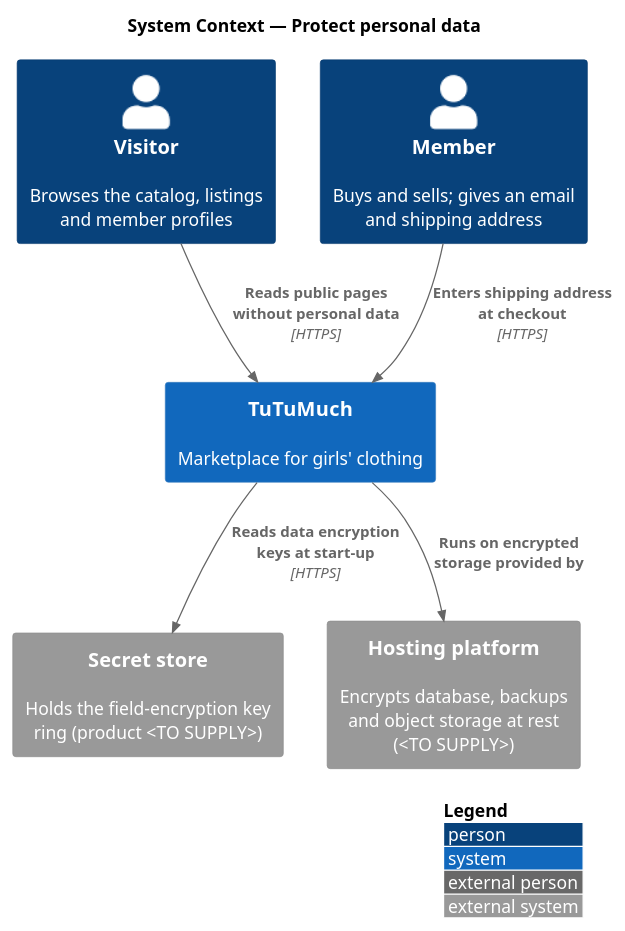
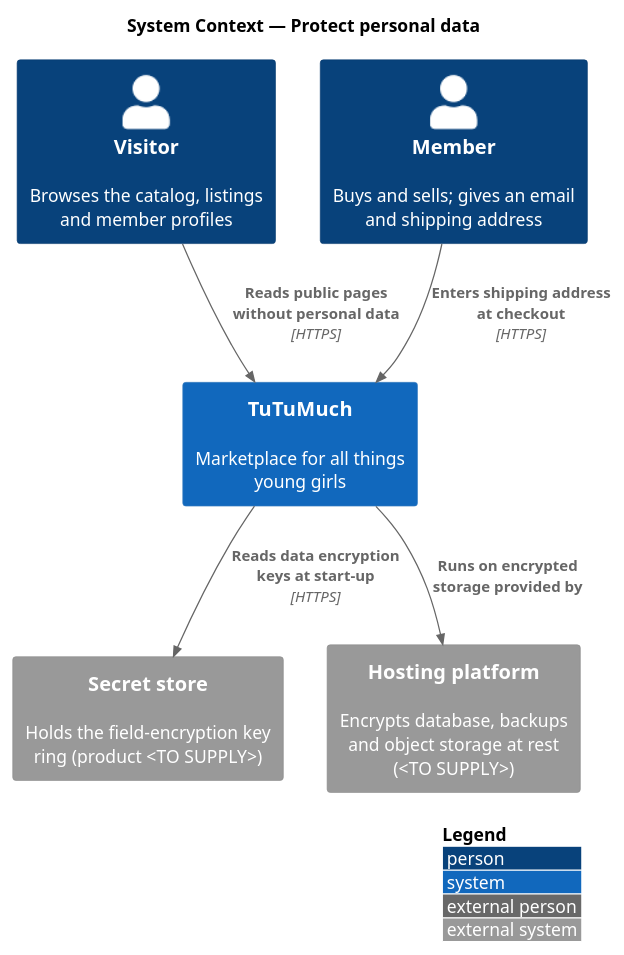
One commit to QuinntyneBrown/tutumuch changed the diagram in docs/detailed-designs/privacy/protect-personal-data/diagrams/c4-context.puml. Above: the diagram before and after it, drawn with PlantUML. The commit also changed 413 other files, not shown here.

First line of the commit message:
Broaden TuTuMuch to all things girls

```diff
--- a/docs/detailed-designs/privacy/protect-personal-data/diagrams/c4-context.puml
+++ b/docs/detailed-designs/privacy/protect-personal-data/diagrams/c4-context.puml
@@ -1,16 +1,16 @@
 @startuml
 !include <C4/C4_Context>
 LAYOUT_WITH_LEGEND()
 title System Context — Protect personal data
 
 Person(visitor, "Visitor", "Browses the catalog, listings and member profiles")
 Person(member, "Member", "Buys and sells; gives an email and shipping address")
-System(tutumuch, "TuTuMuch", "Marketplace for girls' clothing")
+System(tutumuch, "TuTuMuch", "Marketplace for all things young girls")
 System_Ext(secrets, "Secret store", "Holds the field-encryption key ring (product <TO SUPPLY>)")
 System_Ext(hosting, "Hosting platform", "Encrypts database, backups and object storage at rest (<TO SUPPLY>)")
 
 Rel(visitor, tutumuch, "Reads public pages without personal data", "HTTPS")
 Rel(member, tutumuch, "Enters shipping address at checkout", "HTTPS")
 Rel(tutumuch, secrets, "Reads data encryption keys at start-up", "HTTPS")
 Rel(tutumuch, hosting, "Runs on encrypted storage provided by")
 @enduml
```
